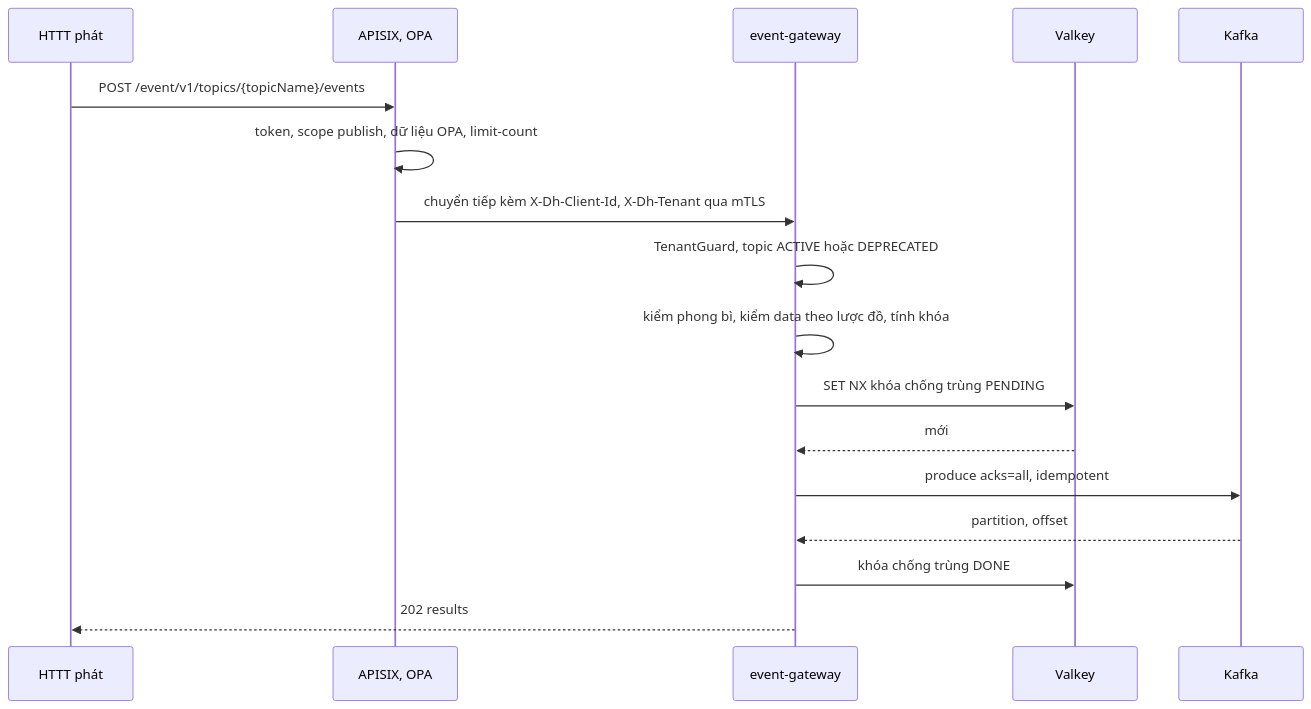
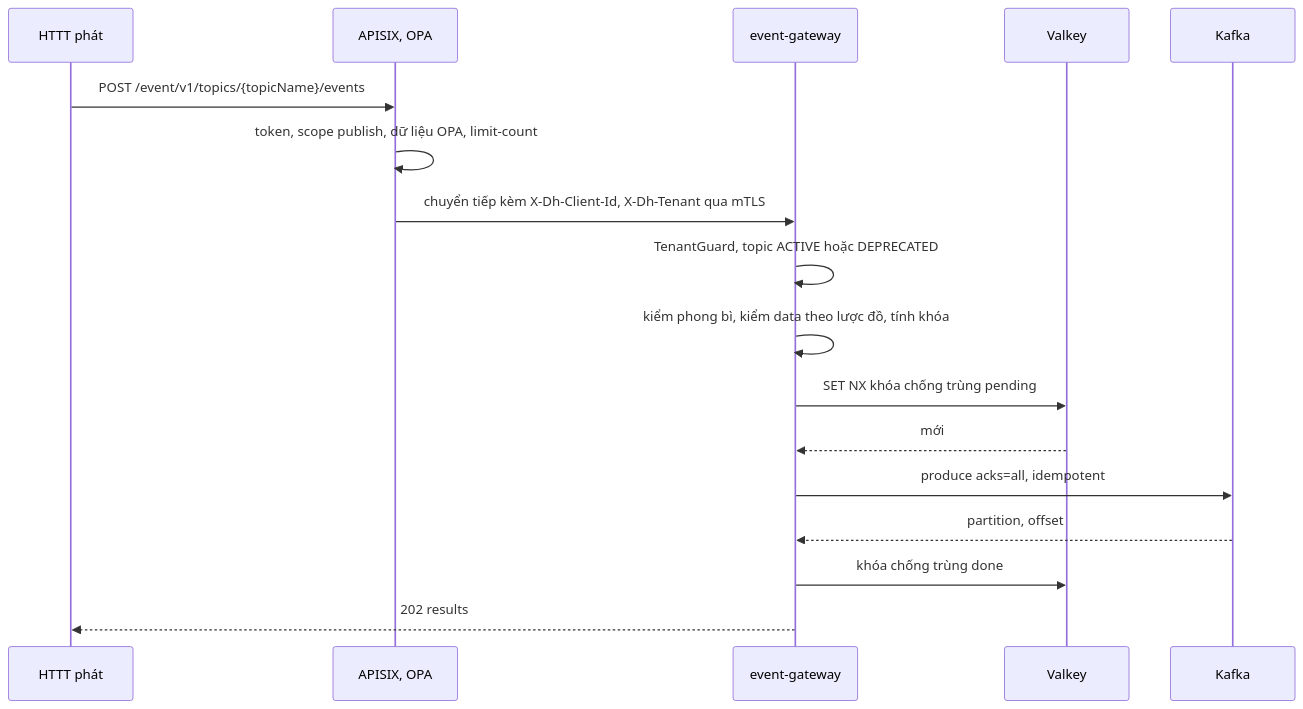
One commit to caprocute/DATAHUB changed the fifth of 11 diagrams in datahub-docs/03-thiet-ke/sdd/D03-02-PH10-sdd-su-kien.md. Above: the diagram before and after it, drawn with Mermaid. The commit also changed other lines of this file, not shown here.

````diff
--- a/datahub-docs/03-thiet-ke/sdd/D03-02-PH10-sdd-su-kien.md
+++ b/datahub-docs/03-thiet-ke/sdd/D03-02-PH10-sdd-su-kien.md
@@ -684,19 +684,19 @@
 ```mermaid
 sequenceDiagram
   participant H as HTTT phát
   participant AX as APISIX, OPA
   participant GW as event-gateway
   participant VK as Valkey
   participant K as Kafka
   H->>AX: POST /event/v1/topics/{topicName}/events
   AX->>AX: token, scope publish, dữ liệu OPA, limit-count
   AX->>GW: chuyển tiếp kèm X-Dh-Client-Id, X-Dh-Tenant qua mTLS
   GW->>GW: TenantGuard, topic ACTIVE hoặc DEPRECATED
   GW->>GW: kiểm phong bì, kiểm data theo lược đồ, tính khóa
-  GW->>VK: SET NX khóa chống trùng PENDING
+  GW->>VK: SET NX khóa chống trùng pending
   VK-->>GW: mới
   GW->>K: produce acks=all, idempotent
   K-->>GW: partition, offset
-  GW->>VK: khóa chống trùng DONE
+  GW->>VK: khóa chống trùng done
   GW-->>H: 202 results
 ```
````
